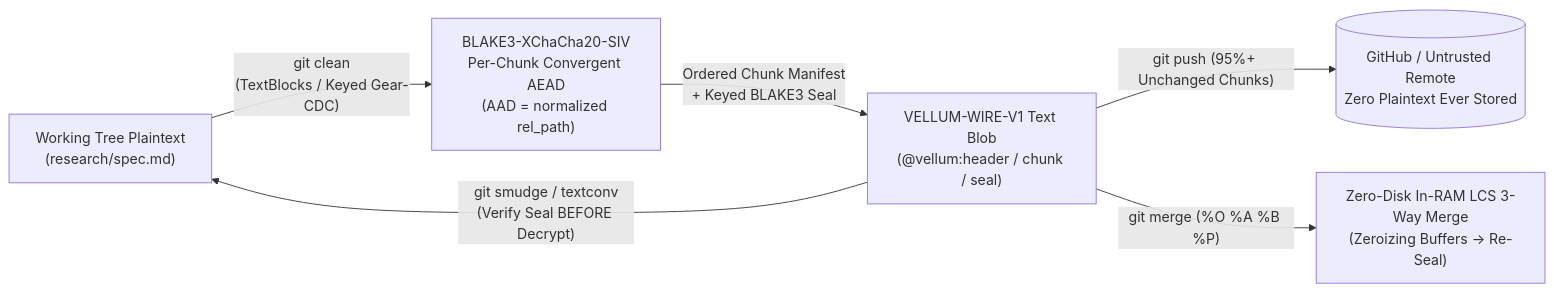
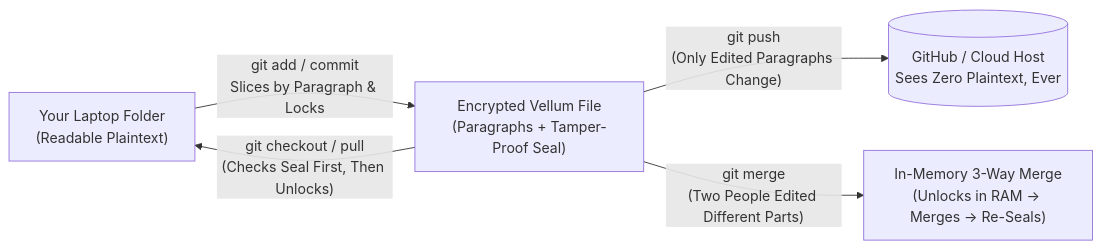
One commit to tsiscoe/Vellum changed the diagram in README.md. Above: the diagram before and after it, drawn with Mermaid. The commit also changed other lines of this file and 18 other files, not shown here.

Commit message:
docs(vellum): rewrite repo docs in plain-spoken Frankie Boyle voice and ship round-2 release gates

````diff
--- a/README.md
+++ b/README.md
@@ -23,8 +34,7 @@
 ```mermaid
 flowchart LR
-    Plain["Working Tree Plaintext\n(research/spec.md)"] -->|"git clean\n(TextBlocks / Keyed Gear-CDC)"| SIV["BLAKE3-XChaCha20-SIV\nPer-Chunk Convergent AEAD\n(AAD = normalized rel_path)"]
-    SIV -->|"Ordered Chunk Manifest\n+ Keyed BLAKE3 Seal"| Wire["VELLUM-WIRE-V1 Text Blob\n(@vellum:header / chunk / seal)"]
-    Wire -->|"git push (95%+ Unchanged Chunks)"| Remote[("GitHub / Untrusted Remote\nZero Plaintext Ever Stored")]
-    Wire -->|"git merge (%O %A %B %P)"| Merge["Zero-Disk In-RAM LCS 3-Way Merge\n(Zeroizing Buffers -> Re-Seal)"]
-    Wire -->|"git smudge / textconv\n(Verify Seal BEFORE Decrypt)"| Plain
+    Plain["Your Laptop Folder\n(Readable Plaintext)"] -->|"git add / commit\nSlices by Paragraph & Locks"| Sealed["Encrypted Vellum File\n(Paragraphs + Tamper-Proof Seal)"]
+    Sealed -->|"git push\n(Only Edited Paragraphs Change)"| Remote[("GitHub / Cloud Host\nSees Zero Plaintext, Ever")]
+    Sealed -->|"git merge\n(Two People Edited Different Parts)"| Merge["In-Memory 3-Way Merge\n(Unlocks in RAM -> Merges -> Re-Seals)"]
+    Sealed -->|"git checkout / pull\n(Checks Seal First, Then Unlocks)"| Plain
 ```
````
